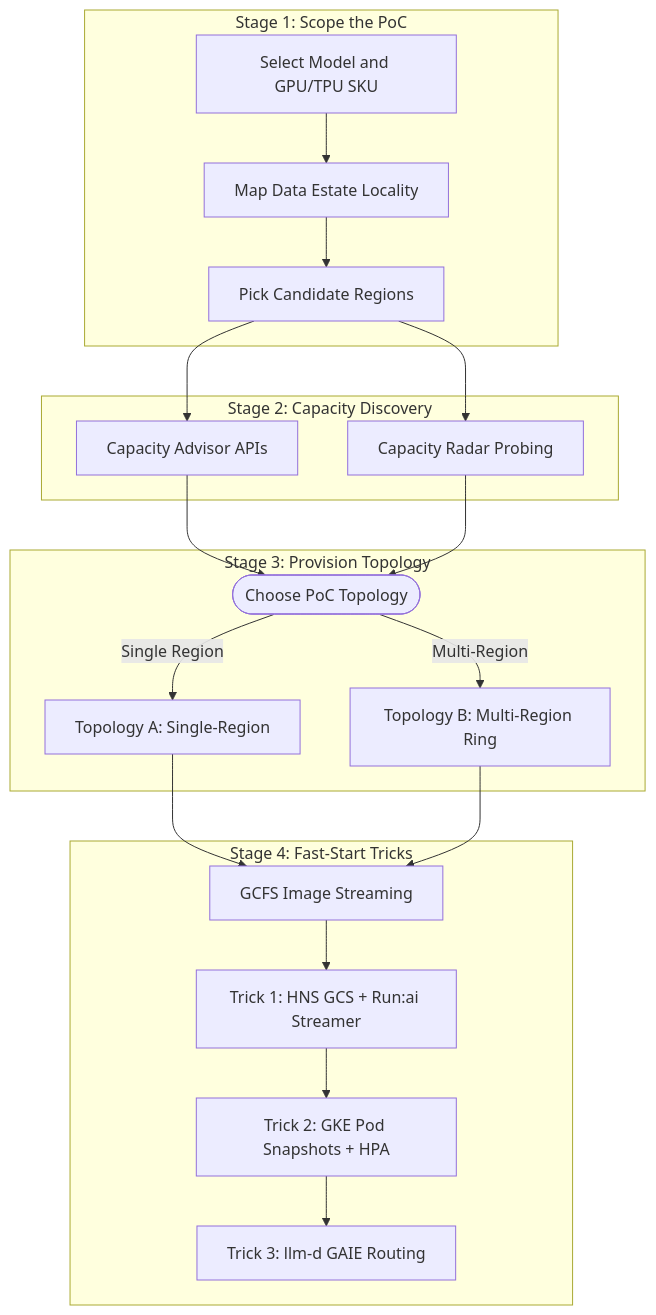
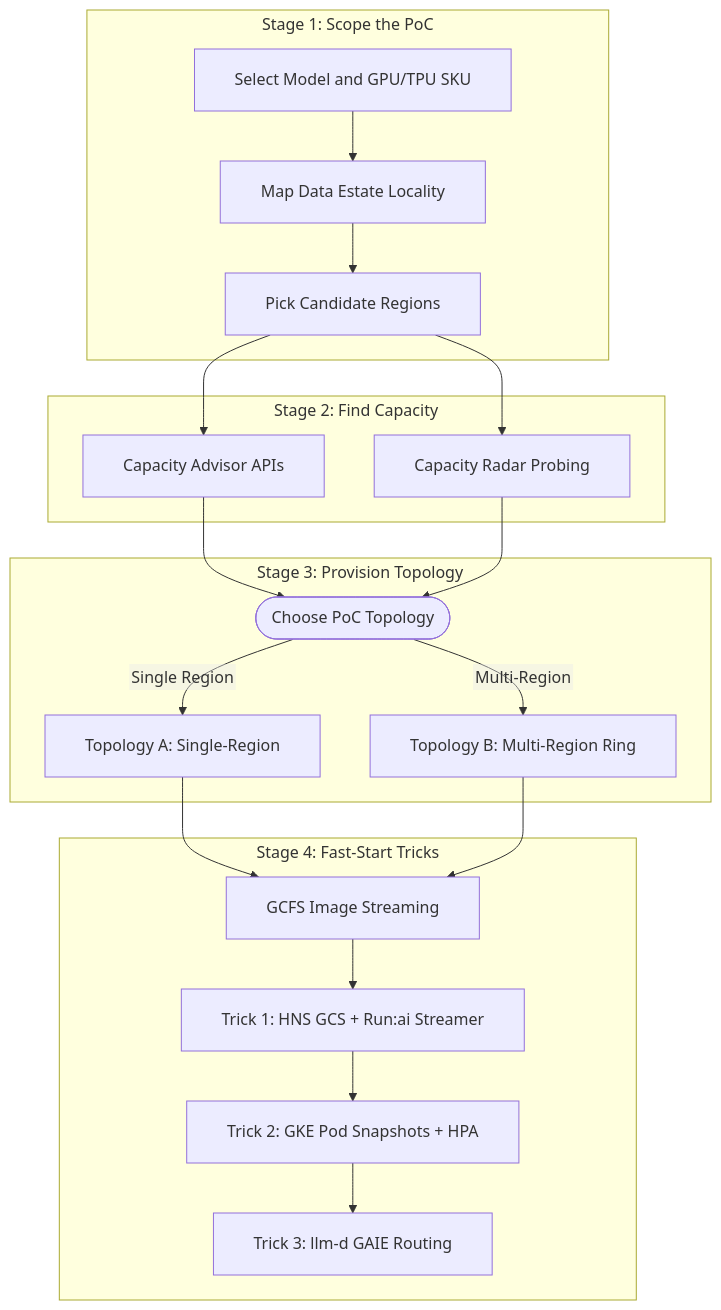
Before and after one commit to GoogleCloudPlatform/accelerated-platforms: the first of 2 diagrams in docs/platforms/gke/base/use-cases/inference-ref-arch/poc-capacity-and-rapid-deployment-guide.md, drawn with Mermaid. The commit also changed other lines of this file, not shown here.

Commit message:
docs(inference-ref-arch): set htmlLabels: false in PoC guide Mermaid diagrams (#610)

````diff
--- a/docs/platforms/gke/base/use-cases/inference-ref-arch/poc-capacity-and-rapid-deployment-guide.md
+++ b/docs/platforms/gke/base/use-cases/inference-ref-arch/poc-capacity-and-rapid-deployment-guide.md
@@ -54,27 +54,28 @@
 ```mermaid
+%%{init: {"fontFamily": "sans-serif", "htmlLabels": false, "flowchart": {"htmlLabels": false, "wrappingWidth": 500, "padding": 20, "subGraphTitleMargin": {"top": 4, "bottom": 10}}}}%%
 flowchart TD
   subgraph S1["Stage 1: Scope the PoC"]
     A["Select Model and GPU/TPU SKU"] --> B["Map Data Estate Locality"]
     B --> C["Pick Candidate Regions"]
   end
 
-  subgraph S2["Stage 2: Capacity Discovery"]
+  subgraph S2["Stage 2: Find Capacity"]
     C --> D["Capacity Advisor APIs"]
     C --> E["Capacity Radar Probing"]
   end
 
   subgraph S3["Stage 3: Provision Topology"]
     D --> F(["Choose PoC Topology"])
     E --> F
     F -->|"Single Region"| G["Topology A: Single-Region"]
     F -->|"Multi-Region"| H["Topology B: Multi-Region Ring"]
   end
 
   subgraph S4["Stage 4: Fast-Start Tricks"]
     G --> I["GCFS Image Streaming"]
     H --> I
     I --> J["Trick 1: HNS GCS + Run:ai Streamer"]
     J --> K["Trick 2: GKE Pod Snapshots + HPA"]
     K --> L["Trick 3: llm-d GAIE Routing"]
   end
 ```
````
